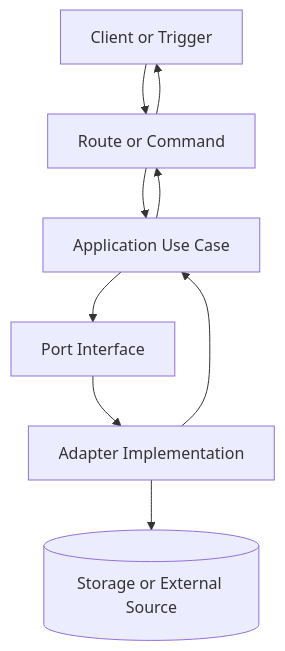
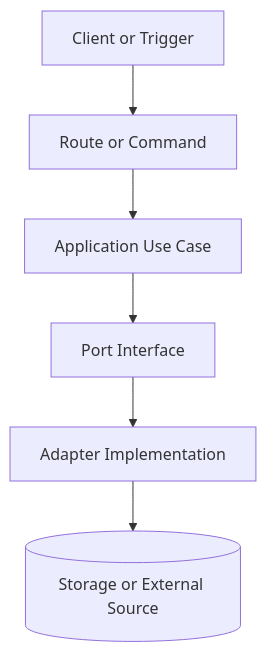
Before and after one commit to Antonyacosta78/dnd-character-manager: the diagram in docs/templates/implementation-plan-template.md, drawn with Mermaid. The commit also changed other lines of this file and 3 other files, not shown here.

````diff
--- a/docs/templates/implementation-plan-template.md
+++ b/docs/templates/implementation-plan-template.md
@@ -74,11 +76,8 @@
 ```mermaid
 flowchart TD
   A[Client or Trigger] --> B[Route or Command]
   B --> C[Application Use Case]
   C --> D[Port Interface]
   D --> E[Adapter Implementation]
   E --> F[(Storage or External Source)]
-  E --> C
-  C --> B
-  B --> A
 ```
````
